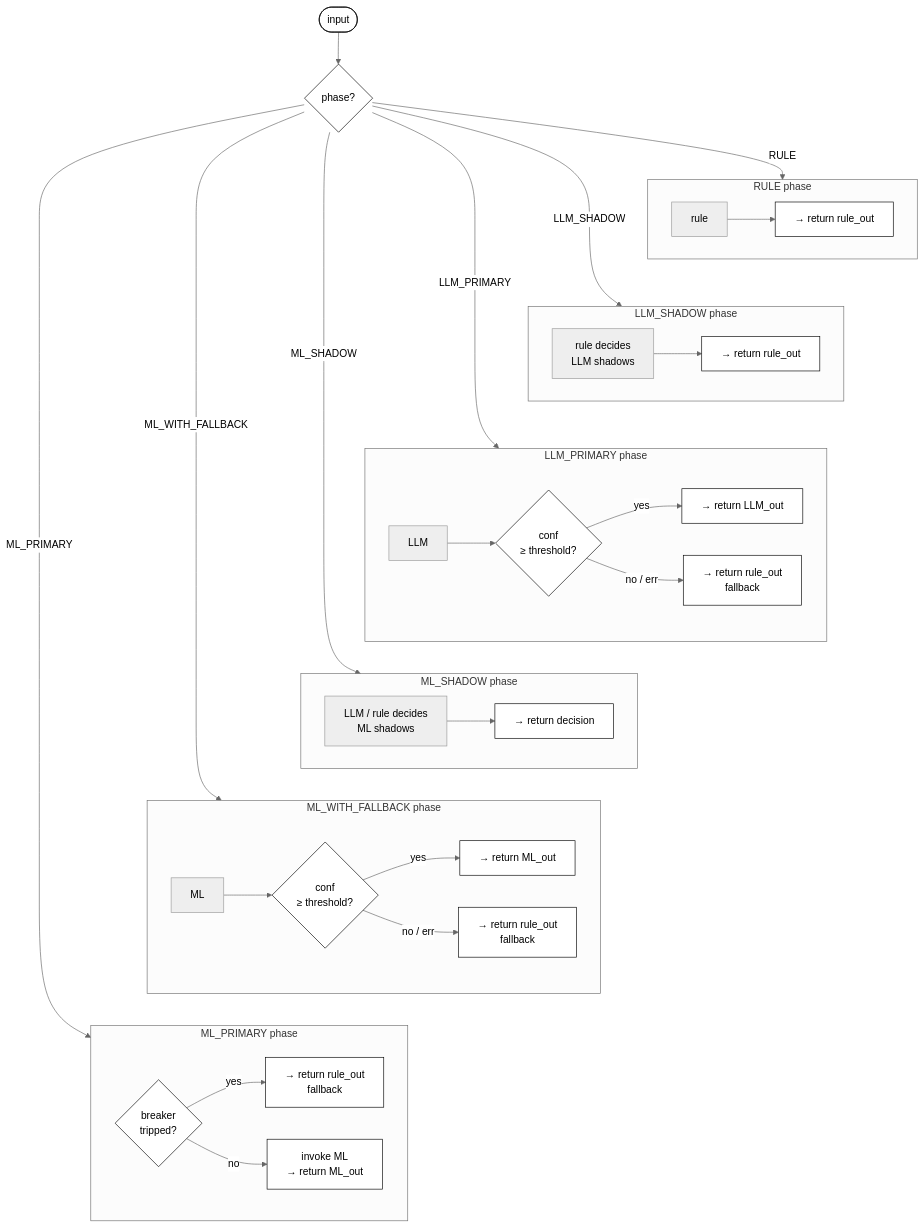
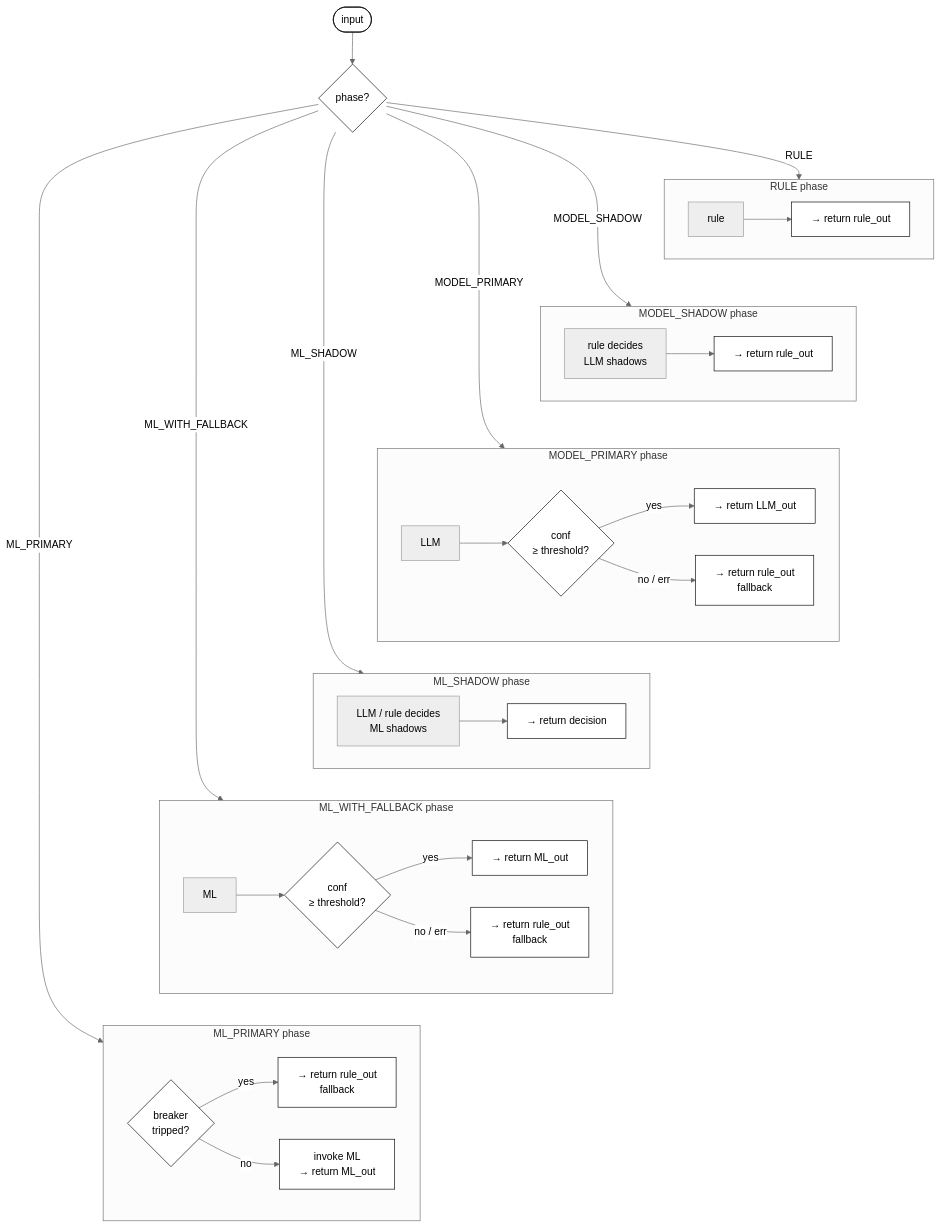
The third of 8 diagrams in docs/working/patent/04-drawings.md (b-tree-labs/dendra), drawn with Mermaid (neutral theme) before and after one commit. The commit also changed other lines of this file and 99 other files, not shown here.

````diff
--- a/docs/working/patent/04-drawings.md
+++ b/docs/working/patent/04-drawings.md
@@ -93,59 +93,59 @@
 ```mermaid
 flowchart TB
     classDef box fill:#ffffff,stroke:#000000,color:#000000
 
     IN([input]):::box
     PH{phase?}:::box
     IN --> PH
 
     subgraph rp [RULE phase]
       direction LR
       R1[rule] --> R2[→ return rule_out]:::box
     end
 
-    subgraph ls [LLM_SHADOW phase]
+    subgraph ls [MODEL_SHADOW phase]
       direction LR
       LS1[rule decides<br/>LLM shadows] --> LS2[→ return rule_out]:::box
     end
 
-    subgraph lp [LLM_PRIMARY phase]
+    subgraph lp [MODEL_PRIMARY phase]
       direction LR
       LP1[LLM] --> LP2{conf<br/>≥ threshold?}:::box
       LP2 -->|yes| LP3[→ return LLM_out]:::box
       LP2 -->|no / err| LP4[→ return rule_out<br/>fallback]:::box
     end
 
     subgraph ms [ML_SHADOW phase]
       direction LR
       MS1[LLM / rule decides<br/>ML shadows] --> MS2[→ return decision]:::box
     end
 
     subgraph mf [ML_WITH_FALLBACK phase]
       direction LR
       MF1[ML] --> MF2{conf<br/>≥ threshold?}:::box
       MF2 -->|yes| MF3[→ return ML_out]:::box
       MF2 -->|no / err| MF4[→ return rule_out<br/>fallback]:::box
     end
 
     subgraph mp [ML_PRIMARY phase]
       direction LR
       MP1{breaker<br/>tripped?}:::box
       MP1 -->|yes| MP2[→ return rule_out<br/>fallback]:::box
       MP1 -->|no| MP3[invoke ML<br/>→ return ML_out]:::box
     end
 
     PH -->|RULE| rp
-    PH -->|LLM_SHADOW| ls
-    PH -->|LLM_PRIMARY| lp
+    PH -->|MODEL_SHADOW| ls
+    PH -->|MODEL_PRIMARY| lp
     PH -->|ML_SHADOW| ms
     PH -->|ML_WITH_FALLBACK| mf
     PH -->|ML_PRIMARY| mp
 
     %% Invisible ordering edges force the subgraphs to stack vertically
     %% rather than fan out horizontally from PH.
     rp ~~~ ls
     ls ~~~ lp
     lp ~~~ ms
     ms ~~~ mf
     mf ~~~ mp
 ```
````
